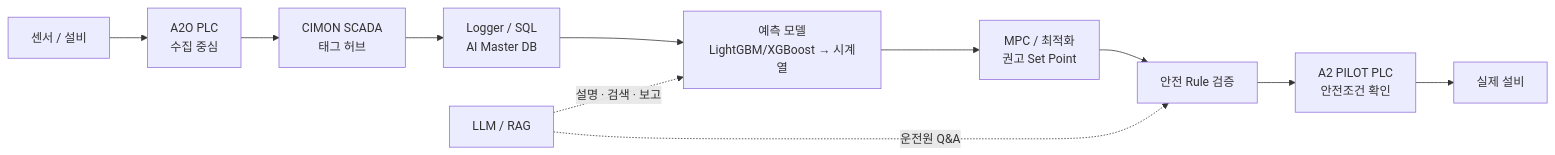
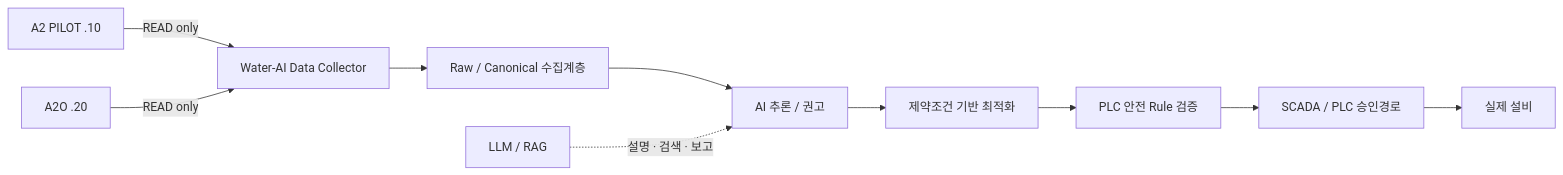
The ninth of 10 diagrams in 20-Water-AI/00-공통/20-공정-기술/10-하수장-정수장-AI-모델-적용-원칙.md (hori5000/Rulmera-OPA), drawn with Mermaid before and after one commit. The commit also changed other lines of this file and 239 other files, not shown here.

````diff
--- a/20-Water-AI/00-공통/20-공정-기술/10-하수장-정수장-AI-모델-적용-원칙.md
+++ b/20-Water-AI/00-공통/20-공정-기술/10-하수장-정수장-AI-모델-적용-원칙.md
@@ -228,14 +242,12 @@
 ```mermaid
 flowchart LR
-    S[센서 / 설비] --> A2O[A2O PLC<br/>수집 중심]
-    A2O --> SCADA[CIMON SCADA<br/>태그 허브]
-    SCADA --> DB[Logger / SQL<br/>AI Master DB]
-    DB --> AI[예측 모델<br/>LightGBM/XGBoost → 시계열]
-    AI --> MPC[MPC / 최적화<br/>권고 Set Point]
-    MPC --> RULE[안전 Rule 검증]
-    RULE --> PILOT[A2 PILOT PLC<br/>안전조건 확인]
-    PILOT --> ACT[실제 설비]
-
+    P[A2 PILOT .10] -->|READ only| C[Water-AI Data Collector]
+    O[A2O .20] -->|READ only| C
+    C --> R[Raw / Canonical 수집계층]
+    R --> AI[AI 추론 / 권고]
+    AI --> OPT[제약조건 기반 최적화]
+    OPT --> RULE[PLC 안전 Rule 검증]
+    RULE --> SCADA[SCADA / PLC 승인경로]
+    SCADA --> ACT[실제 설비]
     L[LLM / RAG] -. 설명 · 검색 · 보고 .-> AI
-    L -. 운전원 Q&A .-> RULE
 ```
````
